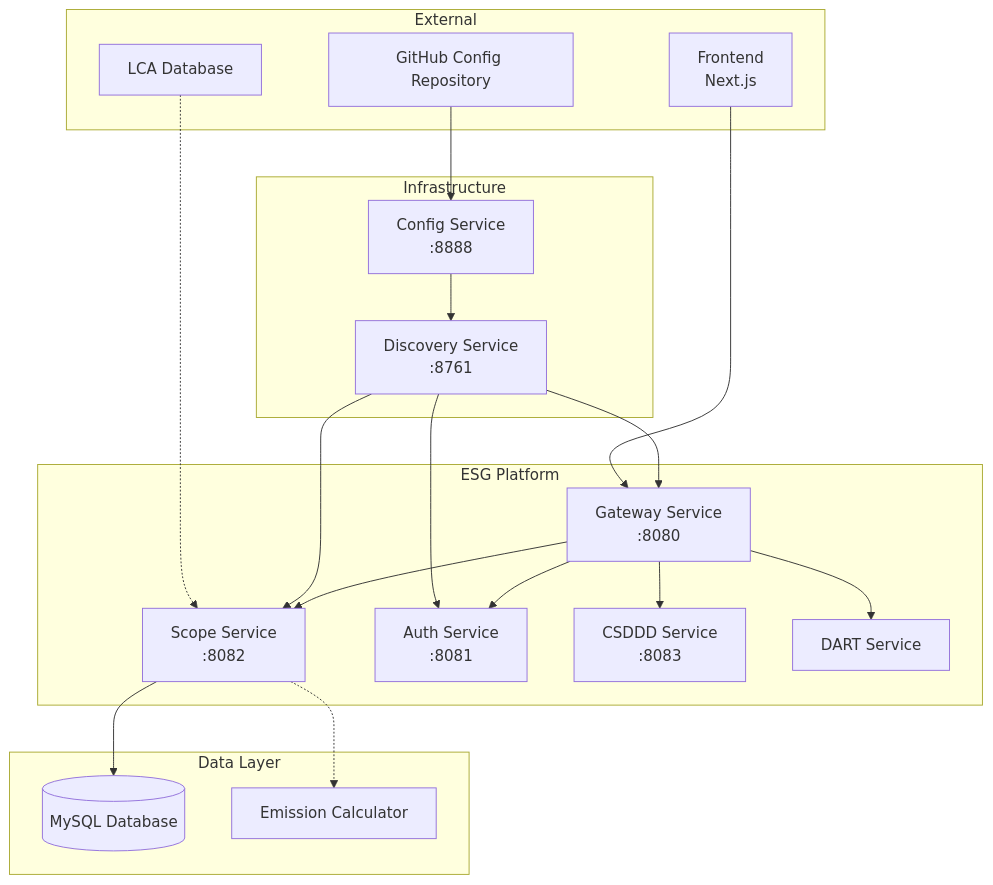
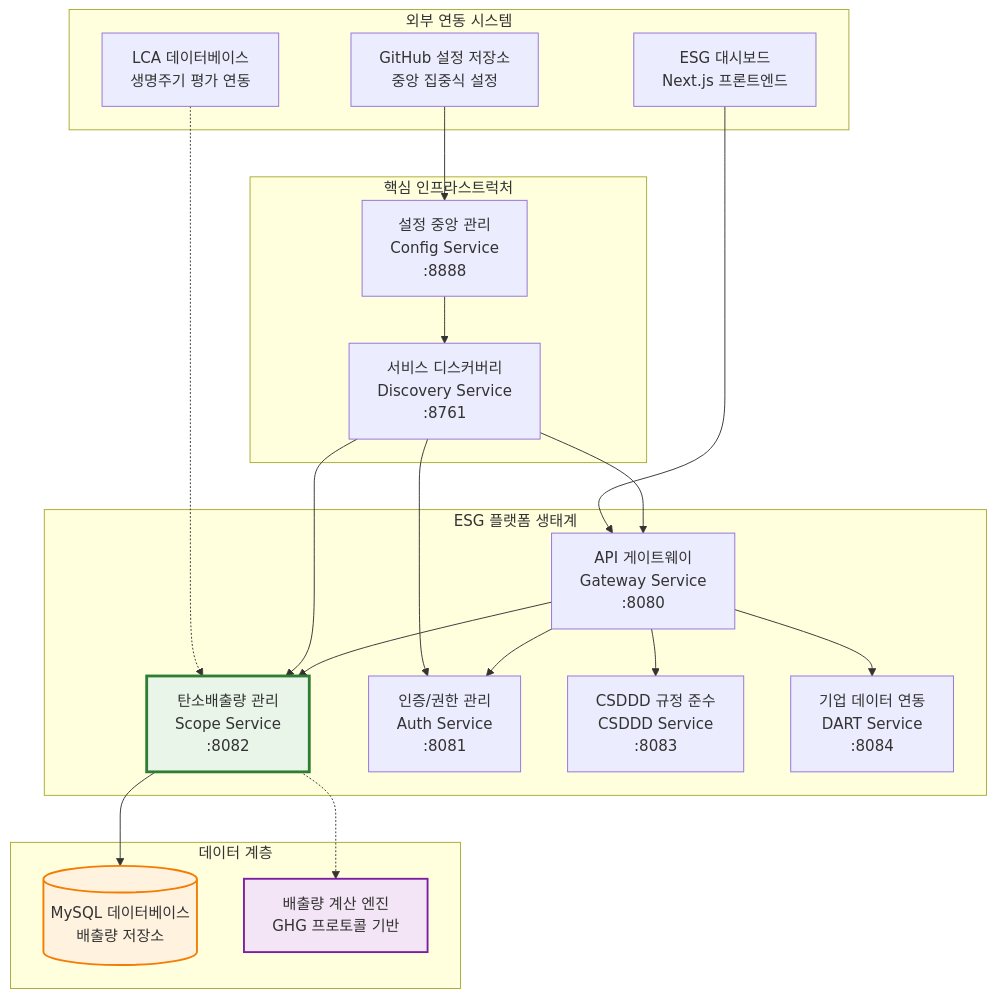
The first of 8 diagrams in README.md (NSMM-v2/scope-service), drawn with Mermaid before and after one commit. The commit also changed other lines of this file, not shown here.

````diff
--- a/README.md
+++ b/README.md
@@ -31,27 +31,31 @@
 ```mermaid
 graph TB
-    subgraph "ESG Platform"
-        GW[Gateway Service<br/>:8080] --> SCOPE[Scope Service<br/>:8082]
-        GW --> AUTH[Auth Service<br/>:8081]
-        GW --> CSDDD[CSDDD Service<br/>:8083]
-        GW --> DART[DART Service]
+    subgraph "ESG 플랫폼 생태계"
+        GW[API 게이트웨이<br/>Gateway Service<br/>:8080] --> SCOPE[탄소배출량 관리<br/>Scope Service<br/>:8082]
+        GW --> AUTH[인증/권한 관리<br/>Auth Service<br/>:8081]
+        GW --> CSDDD[CSDDD 규정 준수<br/>CSDDD Service<br/>:8083]
+        GW --> DART[기업 데이터 연동<br/>DART Service<br/>:8084]
     end
     
-    subgraph "Infrastructure"
-        CONFIG[Config Service<br/>:8888] --> EUREKA[Discovery Service<br/>:8761]
+    subgraph "핵심 인프라스트럭처"
+        CONFIG[설정 중앙 관리<br/>Config Service<br/>:8888] --> EUREKA[서비스 디스커버리<br/>Discovery Service<br/>:8761]
         EUREKA --> GW
         EUREKA --> SCOPE
         EUREKA --> AUTH
     end
     
-    subgraph "Data Layer"
-        SCOPE --> MYSQL[(MySQL Database)]
-        SCOPE -.-> CALCULATOR[Emission Calculator]
+    subgraph "데이터 계층"
+        SCOPE --> MYSQL[(MySQL 데이터베이스<br/>배출량 저장소)]
+        SCOPE -.-> CALCULATOR[배출량 계산 엔진<br/>GHG 프로토콜 기반]
     end
     
-    subgraph "External"
-        FRONTEND[Frontend<br/>Next.js] --> GW
-        GITHUB[GitHub Config Repository] --> CONFIG
-        LCA[LCA Database] -.-> SCOPE
+    subgraph "외부 연동 시스템"
+        FRONTEND[ESG 대시보드<br/>Next.js 프론트엔드] --> GW
+        GITHUB[GitHub 설정 저장소<br/>중앙 집중식 설정] --> CONFIG
+        LCA[LCA 데이터베이스<br/>생명주기 평가 연동] -.-> SCOPE
     end
+    
+    style SCOPE fill:#e8f5e8,stroke:#2e7d32,stroke-width:3px
+    style MYSQL fill:#fff3e0,stroke:#f57c00,stroke-width:2px
+    style CALCULATOR fill:#f3e5f5,stroke:#7b1fa2,stroke-width:2px
 ```
````
